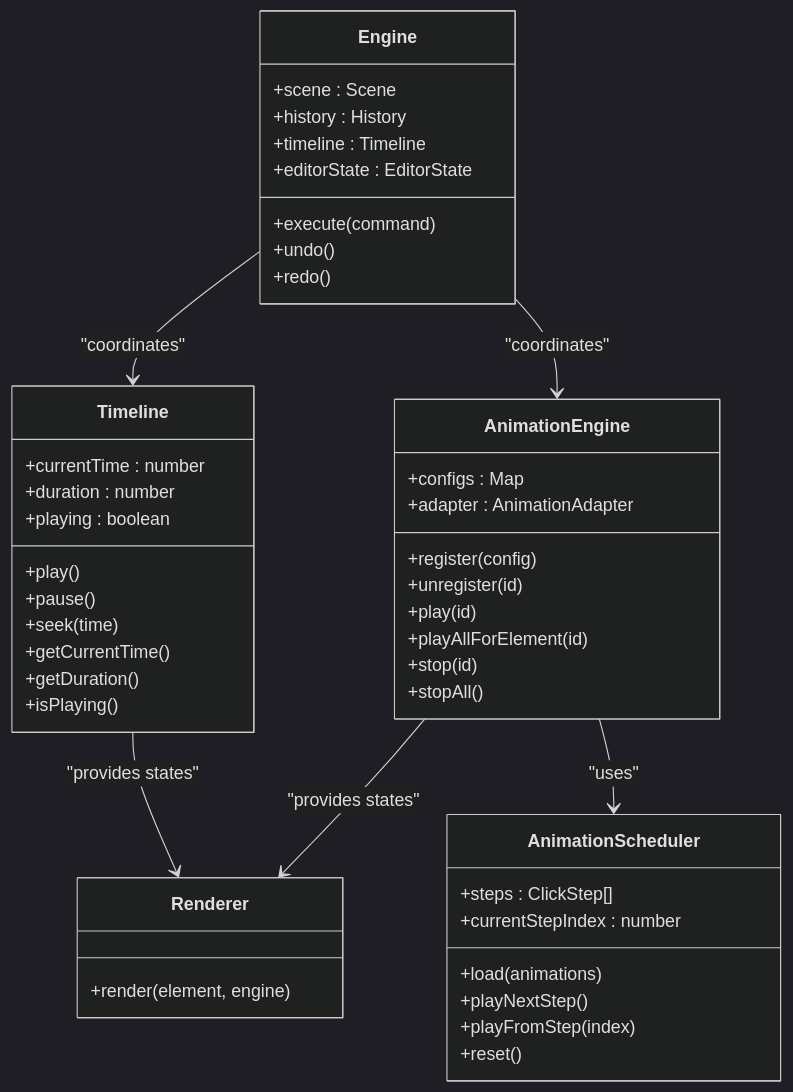
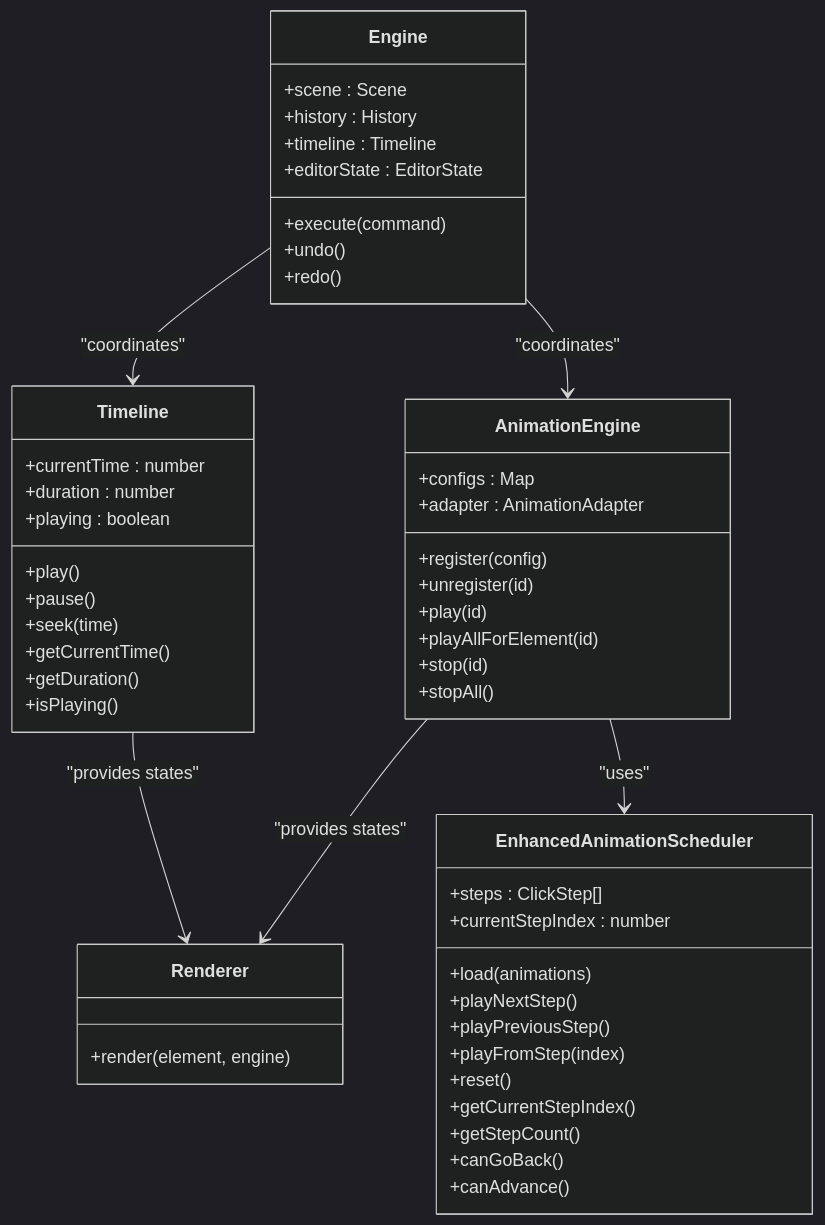
One commit to Anna0314zy/ai_editor_enginer changed the fifth of 23 diagrams in .qoder/repowiki/en/content/Animation System/Timeline Engine.md. Above: the diagram before and after it, drawn with Mermaid (dark theme). The commit also changed other lines of this file and 12 other files, not shown here.

````diff
--- a/.qoder/repowiki/en/content/Animation System/Timeline Engine.md
+++ b/.qoder/repowiki/en/content/Animation System/Timeline Engine.md
@@ -259,49 +274,54 @@
 ```mermaid
 classDiagram
 class Engine {
 +scene : Scene
 +history : History
 +timeline : Timeline
 +editorState : EditorState
 +execute(command)
 +undo()
 +redo()
 }
 class Timeline {
 +currentTime : number
 +duration : number
 +playing : boolean
 +play()
 +pause()
 +seek(time)
 +getCurrentTime()
 +getDuration()
 +isPlaying()
 }
 class AnimationEngine {
 +configs : Map
 +adapter : AnimationAdapter
 +register(config)
 +unregister(id)
 +play(id)
 +playAllForElement(id)
 +stop(id)
 +stopAll()
 }
-class AnimationScheduler {
+class EnhancedAnimationScheduler {
 +steps : ClickStep[]
 +currentStepIndex : number
 +load(animations)
 +playNextStep()
++playPreviousStep()
 +playFromStep(index)
 +reset()
++getCurrentStepIndex()
++getStepCount()
++canGoBack()
++canAdvance()
 }
 class Renderer {
 +render(element, engine)
 }
 Engine --> Timeline : "coordinates"
 Engine --> AnimationEngine : "coordinates"
-AnimationEngine --> AnimationScheduler : "uses"
+AnimationEngine --> EnhancedAnimationScheduler : "uses"
 Timeline --> Renderer : "provides states"
 AnimationEngine --> Renderer : "provides states"
 ```
````
